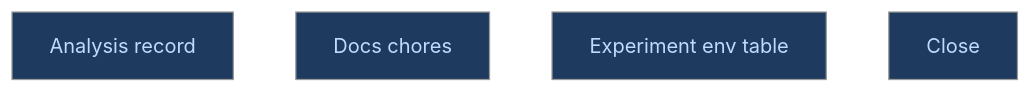
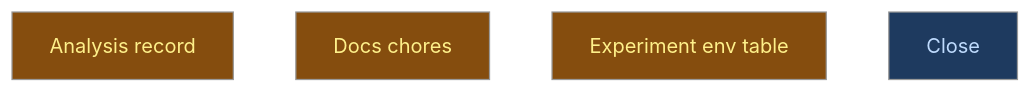
Before and after one commit to CrackingShells/Candler: the diagram in __roadmap__/m6b-surface-consolidation/consolidated/build/outputs/records/README.md, drawn with Mermaid (neutral theme). The commit also changed other lines of this file and 1 other file, not shown here.

Commit message:
rdm(api): start the m6b build l2
The three L2 leaves are in progress, and the build README names C1's
printing as withdrawn by A7.

````diff
--- a/__roadmap__/m6b-surface-consolidation/consolidated/build/outputs/records/README.md
+++ b/__roadmap__/m6b-surface-consolidation/consolidated/build/outputs/records/README.md
@@ -26,12 +26,12 @@
 ```mermaid
 graph TD
-    analysis_record[Analysis record]:::amendment
-    docs_chores[Docs chores]:::amendment
-    experiment_env[Experiment env table]:::amendment
+    analysis_record[Analysis record]:::inprogress
+    docs_chores[Docs chores]:::inprogress
+    experiment_env[Experiment env table]:::inprogress
     close[Close]:::amendment
     classDef done       fill:#166534,color:#bbf7d0
     classDef inprogress fill:#854d0e,color:#fef08a
     classDef planned    fill:#374151,color:#e5e7eb
     classDef amendment  fill:#1e3a5f,color:#bfdbfe
     classDef blocked    fill:#7f1d1d,color:#fecaca
 ```
````
